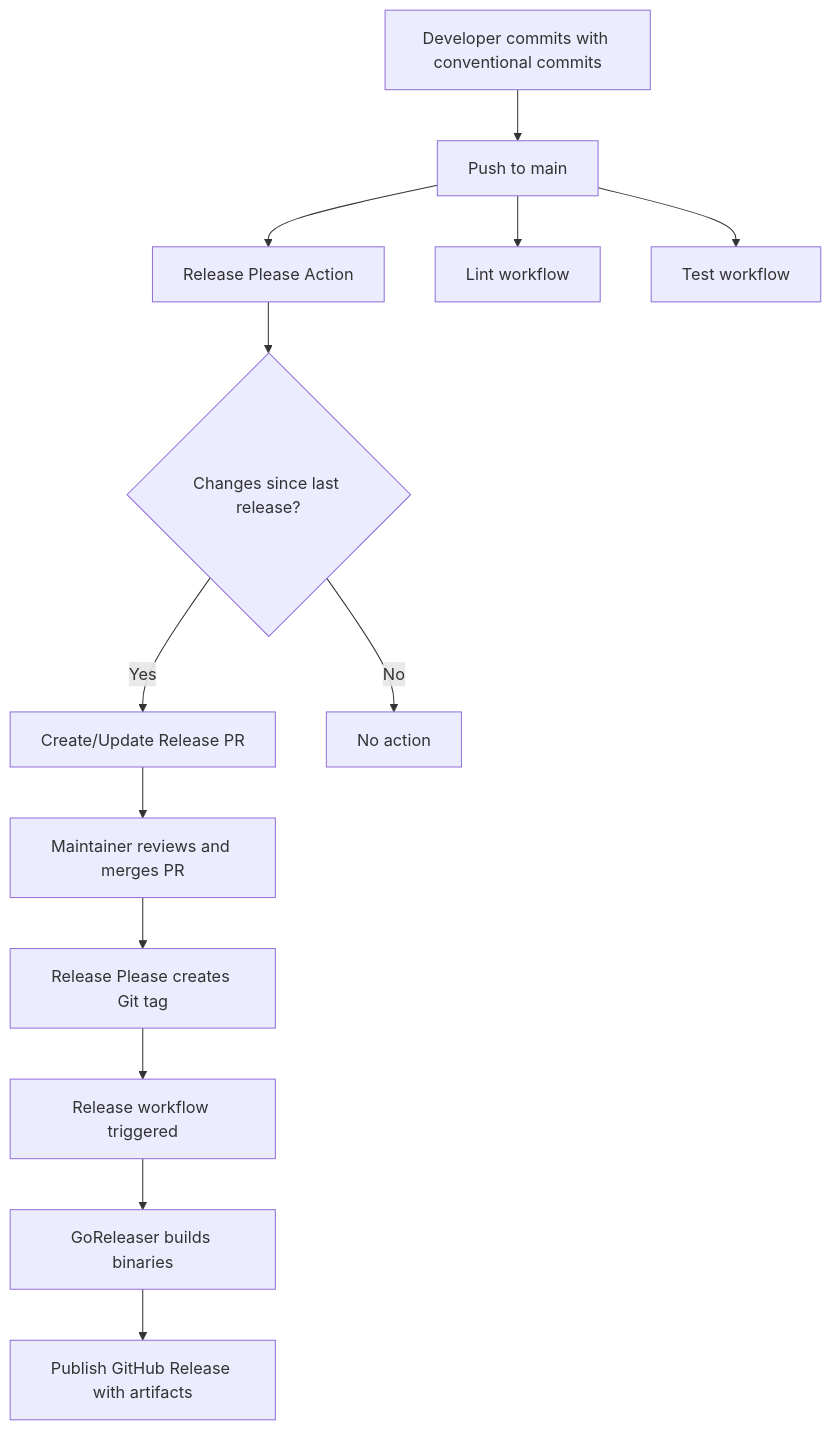
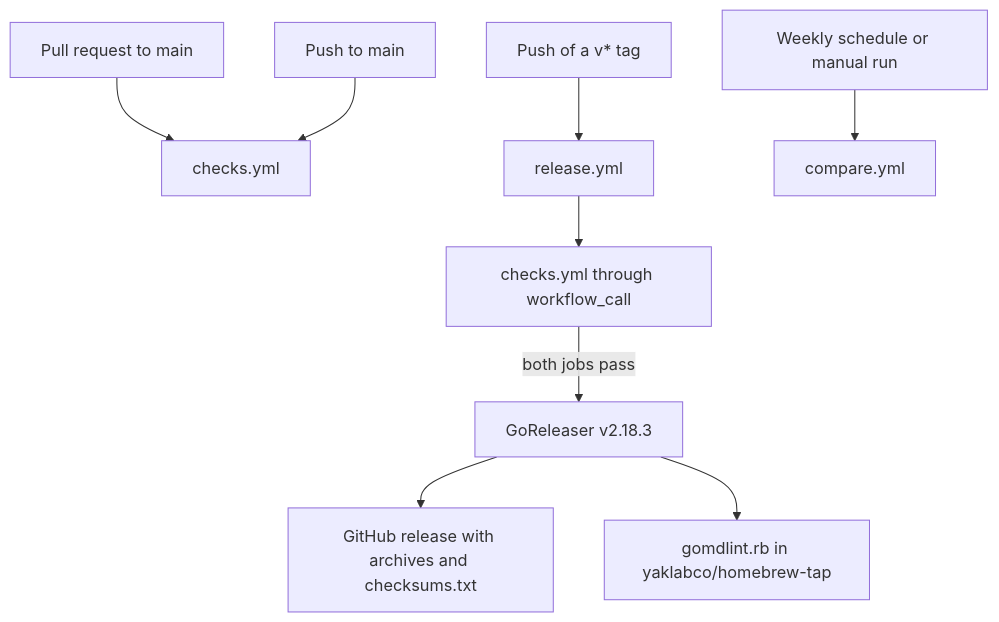
One commit to yaklabco/gomdlint changed the diagram in CI_CD.md. Above: the diagram before and after it, drawn with Mermaid. The commit also changed other lines of this file and 7 other files, not shown here.

First line of the commit message:
ci: gate releases on the checks and pin the toolchain and release tools (#20)

````diff
--- a/CI_CD.md
+++ b/CI_CD.md
@@ -16,16 +11,11 @@
 ```mermaid
-graph TD
-    A[Developer commits with conventional commits] --> B[Push to main]
-    B --> C[Release Please Action]
-    C --> D{Changes since last release?}
-    D -->|Yes| E[Create/Update Release PR]
-    D -->|No| F[No action]
-    E --> G[Maintainer reviews and merges PR]
-    G --> H[Release Please creates Git tag]
-    H --> I[Release workflow triggered]
-    I --> J[GoReleaser builds binaries]
-    J --> K[Publish GitHub Release with artifacts]
-
-    B --> L[Lint workflow]
-    B --> M[Test workflow]
+flowchart TD
+    PR[Pull request to main] --> Checks[checks.yml]
+    Main[Push to main] --> Checks
+    Tag[Push of a v* tag] --> Release[release.yml]
+    Release --> Gate[checks.yml through workflow_call]
+    Gate -->|both jobs pass| GR[GoReleaser v2.18.3]
+    GR --> GH[GitHub release with archives and checksums.txt]
+    GR --> Tap[gomdlint.rb in yaklabco/homebrew-tap]
+    Weekly[Weekly schedule or manual run] --> Compare[compare.yml]
 ```
````
